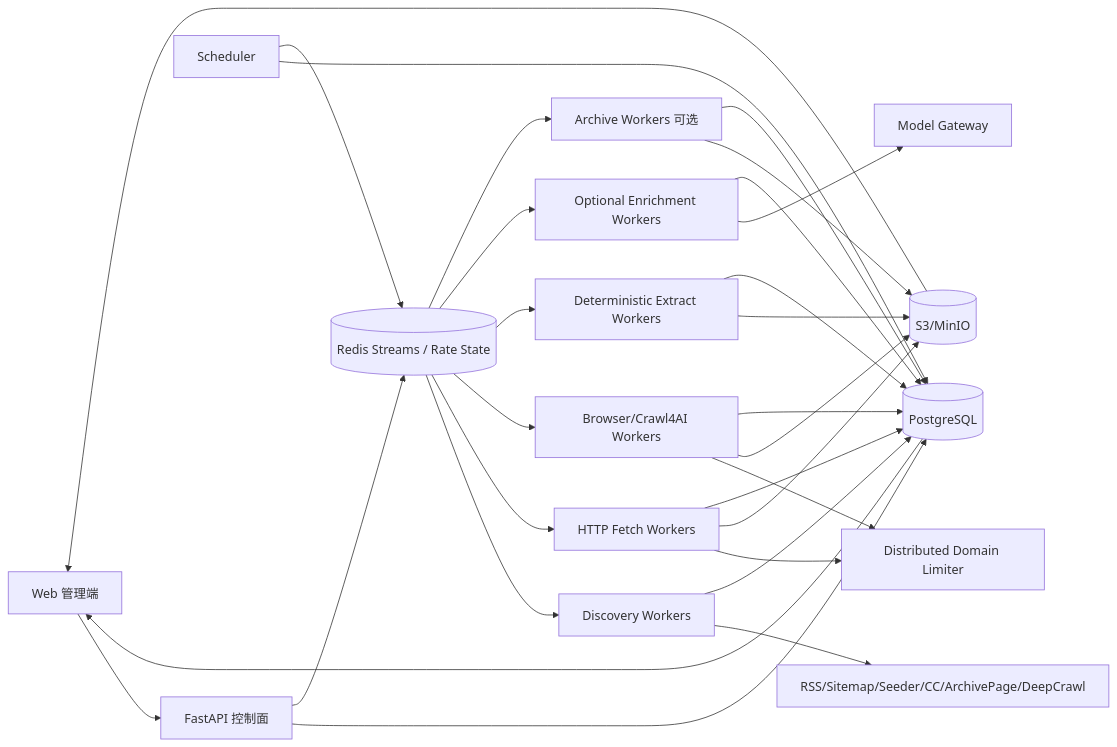
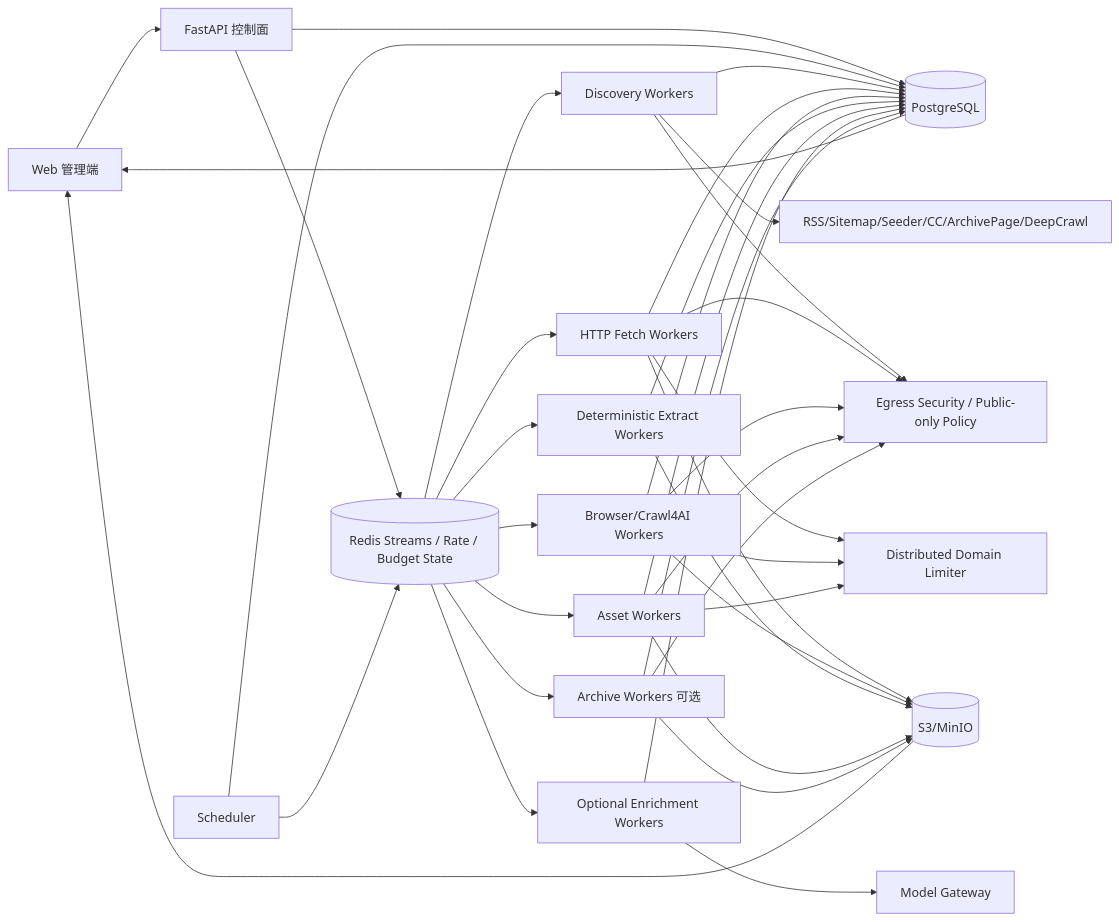
The diagram in 博客知识库技术方案.md (WorkerXu/my-doc), drawn with Mermaid before and after one commit. The commit also changed other lines of this file, not shown here.

Commit message:
docs: harden scalable blog knowledge base architecture

````diff
--- a/博客知识库技术方案.md
+++ b/博客知识库技术方案.md
@@ -49,36 +54,46 @@
 ```mermaid
 flowchart LR
     UI[Web 管理端] --> API[FastAPI 控制面]
     API --> PG[(PostgreSQL)]
-    API --> REDIS[(Redis Streams / Rate State)]
+    API --> REDIS[(Redis Streams / Rate / Budget State)]
 
     SCHED[Scheduler] --> PG
     SCHED --> REDIS
 
     REDIS --> DISC[Discovery Workers]
     REDIS --> HF[HTTP Fetch Workers]
     REDIS --> BF[Browser/Crawl4AI Workers]
     REDIS --> EX[Deterministic Extract Workers]
+    REDIS --> ASSET[Asset Workers]
     REDIS --> EN[Optional Enrichment Workers]
     REDIS --> ARCH[Archive Workers 可选]
 
     DISC --> PROVIDERS[RSS/Sitemap/Seeder/CC/ArchivePage/DeepCrawl]
-    DISC --> PG
+    DISC --> EGRESS[Egress Security / Public-only Policy]
+    HF --> EGRESS
+    BF --> EGRESS
+    ASSET --> EGRESS
+    ARCH --> EGRESS
 
     HF --> LIMIT[Distributed Domain Limiter]
     BF --> LIMIT
+    ASSET --> LIMIT
+
     HF --> S3[(S3/MinIO)]
     BF --> S3
+    EX --> S3
+    ASSET --> S3
     ARCH --> S3
-    EX --> S3
     EN --> LLMGW[Model Gateway]
 
+    DISC --> PG
     HF --> PG
     BF --> PG
     EX --> PG
+    ASSET --> PG
     EN --> PG
     ARCH --> PG
 
     PG --> UI
     S3 --> UI
 ```
````
